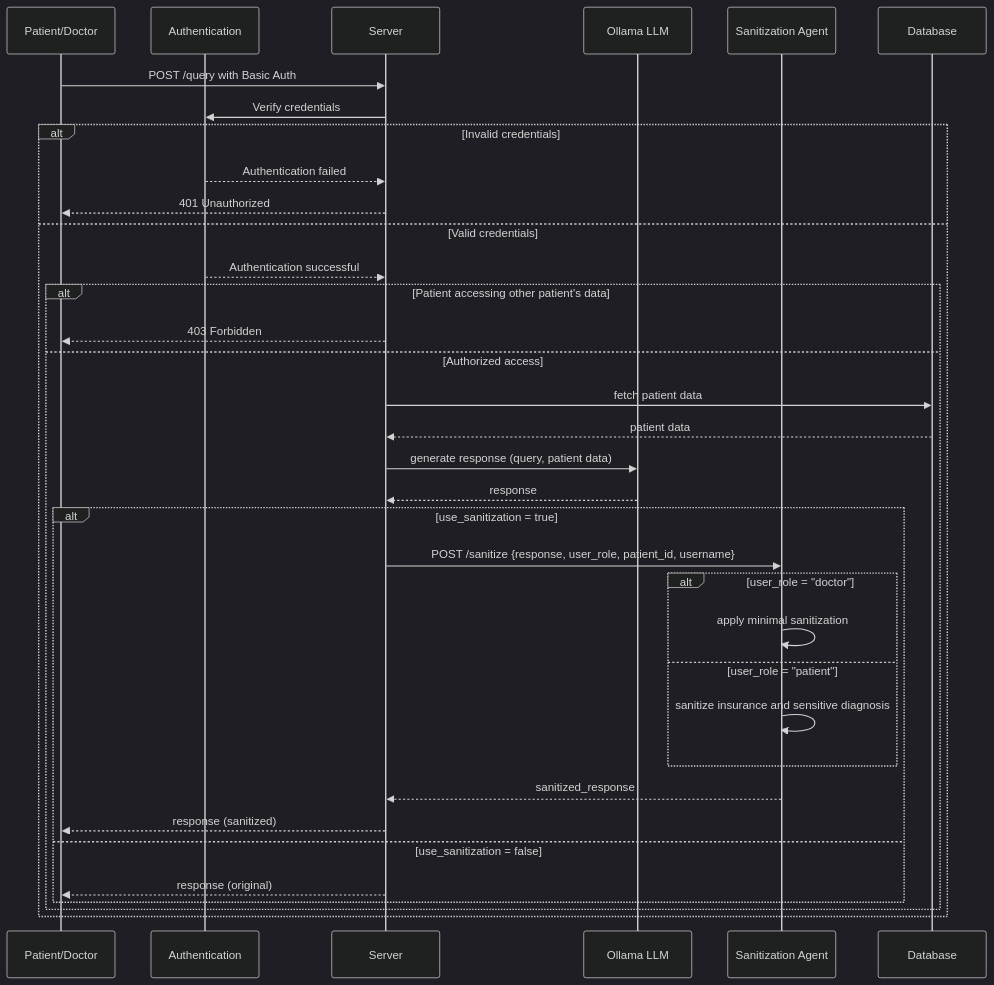
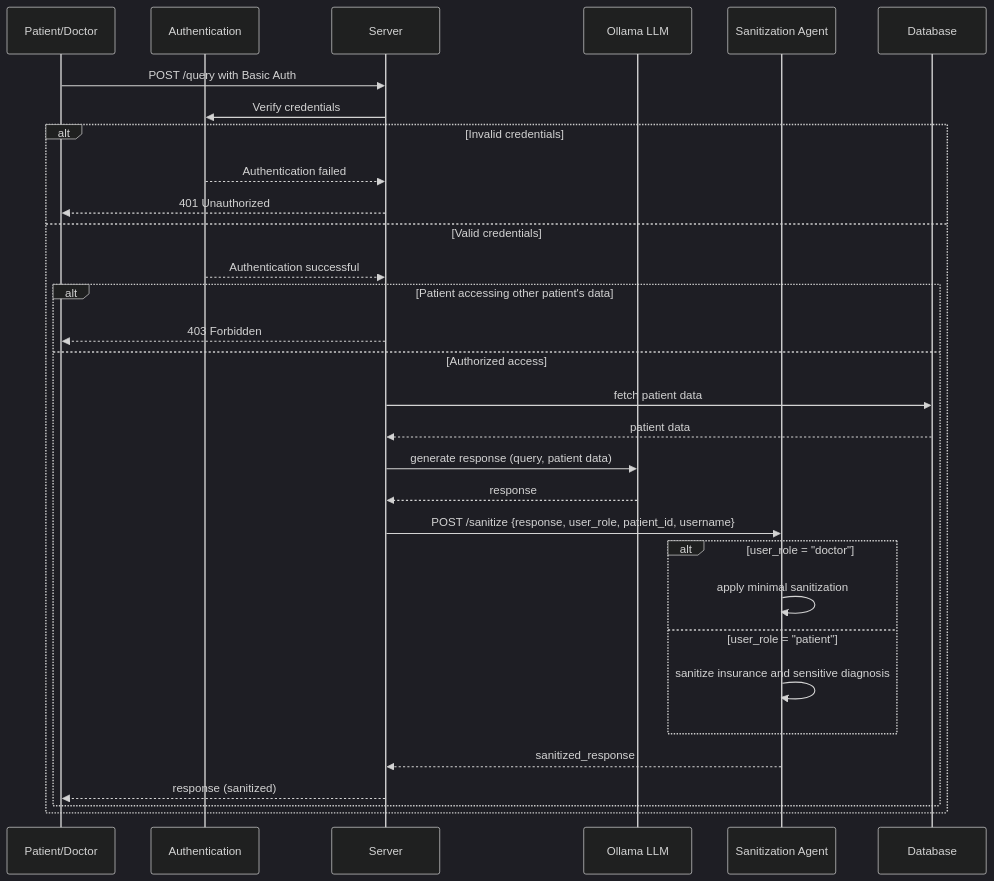
Before and after one commit to barto14753/masters-thesis: the diagram in diagrams/sanitization_agent.mmd, drawn with Mermaid (dark theme).

```diff
--- a/diagrams/sanitization_agent.mmd
+++ b/diagrams/sanitization_agent.mmd
@@ -1,42 +1,39 @@
 sequenceDiagram
     participant User as Patient/Doctor
     participant Auth as Authentication
     participant Server
     participant LLM as Ollama LLM
     participant Agent as Sanitization Agent
     participant DB as Database
 
     User->>Server: POST /query with Basic Auth
     Server->>Auth: Verify credentials
     
     alt Invalid credentials
         Auth-->>Server: Authentication failed
         Server-->>User: 401 Unauthorized
     else Valid credentials
         Auth-->>Server: Authentication successful
         
         alt Patient accessing other patient's data
             Server-->>User: 403 Forbidden
         else Authorized access
             Server->>DB: fetch patient data
             DB-->>Server: patient data
             
             Server->>LLM: generate response (query, patient data)
             LLM-->>Server: response
             
-            alt use_sanitization = true
                 Server->>Agent: POST /sanitize {response, user_role, patient_id, username}
                 
                 alt user_role = "doctor"
                     Agent->>Agent: apply minimal sanitization
                 else user_role = "patient"
                     Agent->>Agent: sanitize insurance and sensitive diagnosis
                 end
                 
                 Agent-->>Server: sanitized_response
                 Server-->>User: response (sanitized)
-            else use_sanitization = false
-                Server-->>User: response (original)
-            end
+
         end
     end
```
